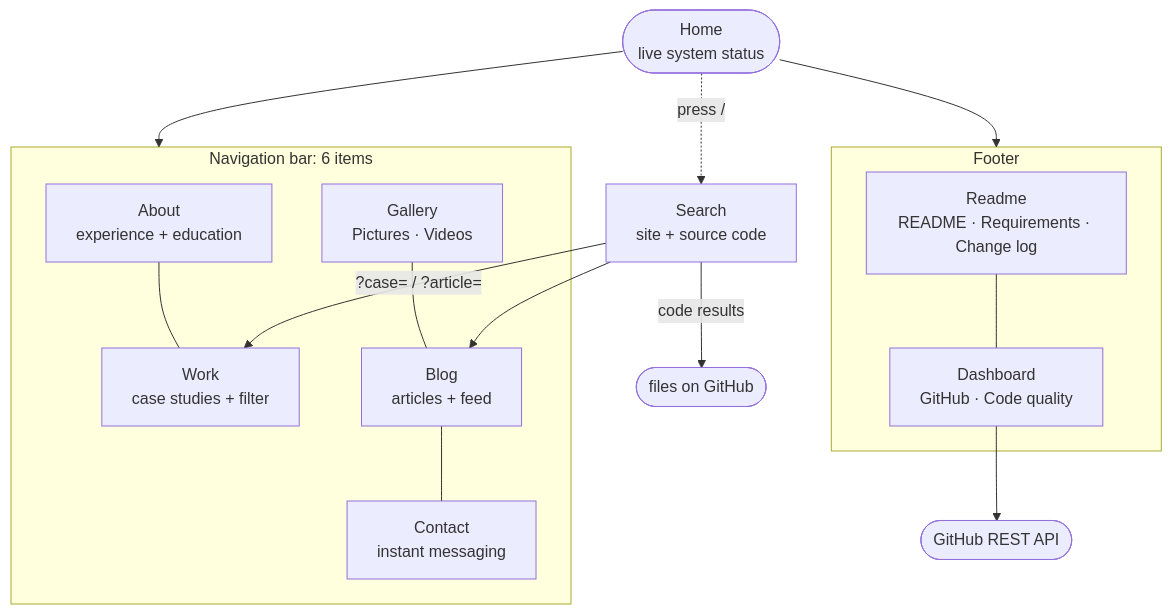
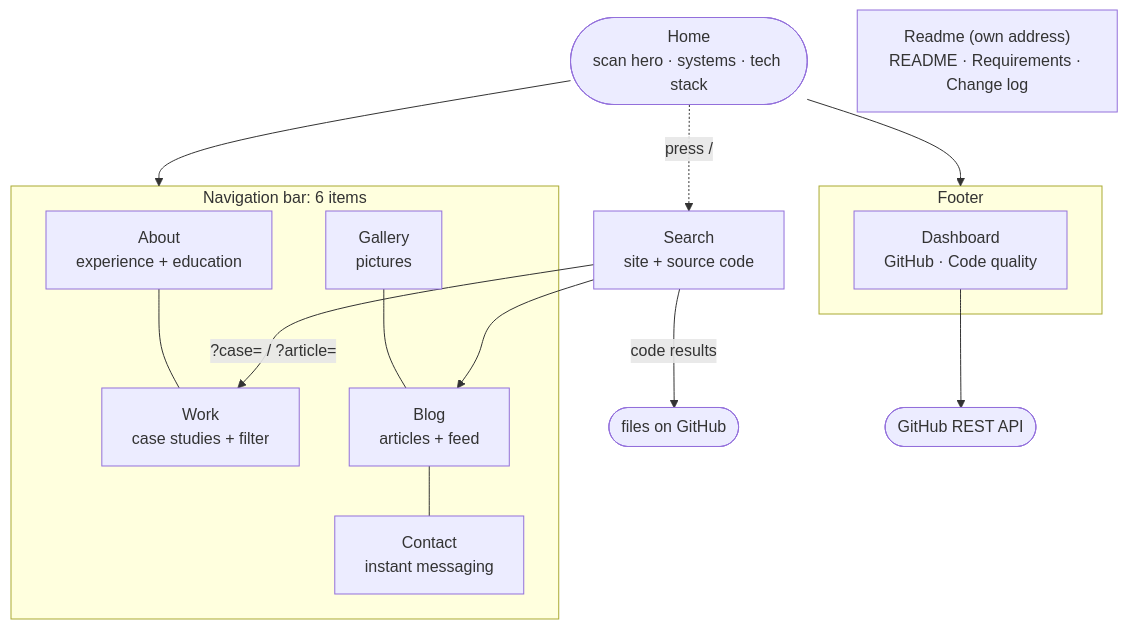
The diagram in docs/diagrams/site-scheme-v2.mmd (Jagruti731/cs5709-digital-portfolio), drawn with Mermaid before and after one commit. The commit also changed 11 other files, not shown here.

Commit message:
corrective: Readme diagrams render as valid SVG, table of contents text fixed (CR-51)

```diff
--- a/docs/diagrams/site-scheme-v2.mmd
+++ b/docs/diagrams/site-scheme-v2.mmd
@@ -1,17 +1,18 @@
 flowchart TB
-  home(["Home<br/>live system status"])
+  home(["Home<br/>scan hero · systems · tech stack"])
   subgraph MENU["Navigation bar: 6 items"]
     about["About<br/>experience + education"] --- know["Work<br/>case studies + filter"]
-    gal["Gallery<br/>Pictures · Videos"] --- blog["Blog<br/>articles + feed"] --- msg["Contact<br/>instant messaging"]
+    gal["Gallery<br/>pictures"] --- blog["Blog<br/>articles + feed"] --- msg["Contact<br/>instant messaging"]
   end
   subgraph FOOT["Footer"]
-    readme["Readme<br/>README · Requirements · Change log"] --- dash["Dashboard<br/>GitHub · Code quality"]
+    dash["Dashboard<br/>GitHub · Code quality"]
   end
+  readme["Readme (own address)<br/>README · Requirements · Change log"]
   search["Search<br/>site + source code"]
   home --> MENU
   home --> FOOT
   home -. "press /" .-> search
   search -- "?case= / ?article=" --> know
   search --> blog
   search -- "code results" --> gh(["files on GitHub"])
   dash --> gh2(["GitHub REST API"])
```
